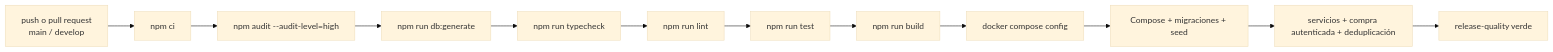
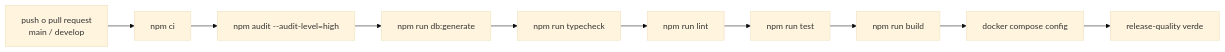
Before and after one commit to HectorARiascosI/mileshop-platform: the tenth of 10 diagrams in docs/wiki/architecture-overview.md, drawn with Mermaid (base theme). The commit also changed other lines of this file and 89 other files, not shown here.

````diff
--- a/docs/wiki/architecture-overview.md
+++ b/docs/wiki/architecture-overview.md
@@ -439,14 +322,12 @@
 ```mermaid
 flowchart LR
     Change[push o pull request\nmain / develop] --> Install[npm ci]
     Install --> Audit[npm audit --audit-level=high]
     Audit --> Generate[npm run db:generate]
     Generate --> Typecheck[npm run typecheck]
     Typecheck --> Lint[npm run lint]
     Lint --> Test[npm run test]
     Test --> Build[npm run build]
     Build --> Compose[docker compose config]
-    Compose --> Stack[Compose + migraciones + seed]
-    Stack --> Smoke[servicios + compra autenticada + deduplicación]
-    Smoke --> Green[release-quality verde]
+    Compose --> Green[release-quality verde]
 ```
````
